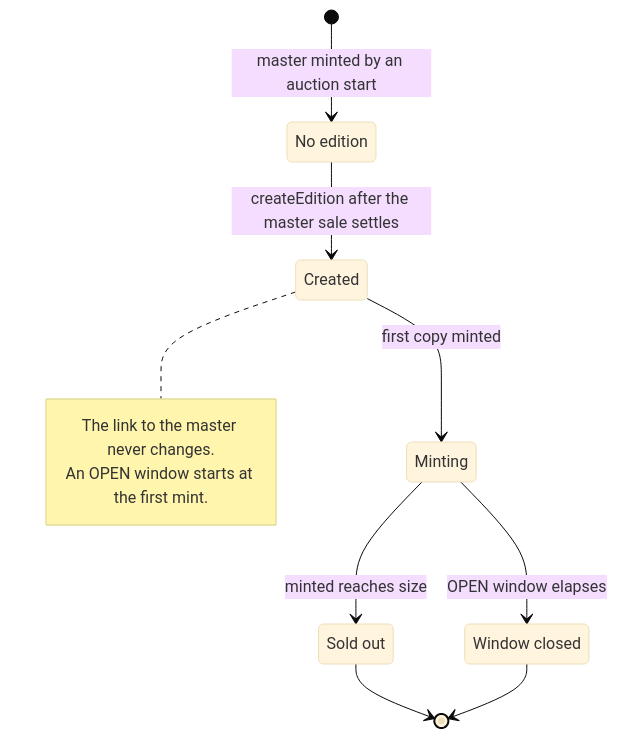
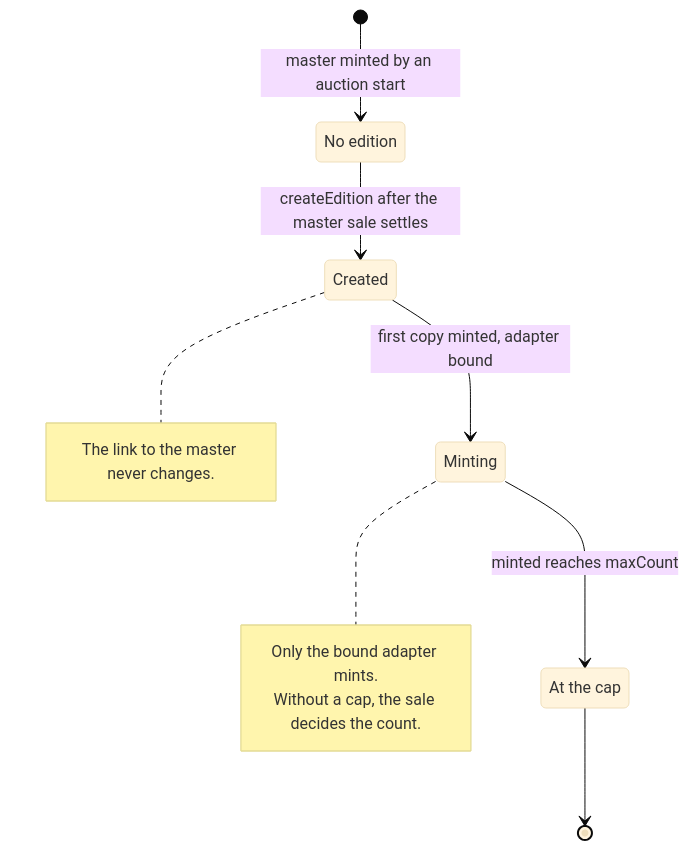
Before and after one commit to 6529-Collections/6529-works: the first of 3 diagrams in docs/spec/editions-and-sales.md, drawn with Mermaid (base theme). The commit also changed other lines of this file and 139 other files, not shown here.

````diff
--- a/docs/spec/editions-and-sales.md
+++ b/docs/spec/editions-and-sales.md
@@ -133,17 +120,17 @@
 ```mermaid
 stateDiagram-v2
     state "No edition" as NoEdition
-    state "Sold out" as SoldOut
-    state "Window closed" as WindowClosed
+    state "At the cap" as AtCap
     [*] --> NoEdition : master minted by an auction start
     NoEdition --> Created : createEdition after the master sale settles
-    Created --> Minting : first copy minted
-    Minting --> SoldOut : minted reaches size
-    Minting --> WindowClosed : OPEN window elapses
-    SoldOut --> [*]
-    WindowClosed --> [*]
+    Created --> Minting : first copy minted, adapter bound
+    Minting --> AtCap : minted reaches maxCount
+    AtCap --> [*]
     note right of Created
         The link to the master never changes.
-        An OPEN window starts at the first mint.
+    end note
+    note right of Minting
+        Only the bound adapter mints.
+        Without a cap, the sale decides the count.
     end note
 ```
````
